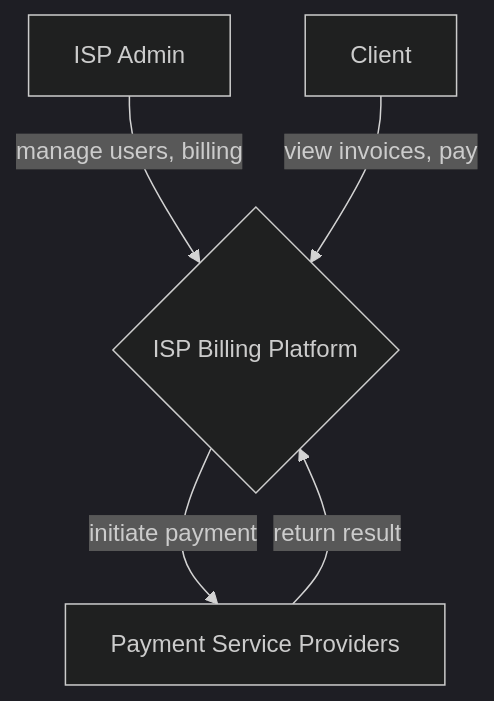
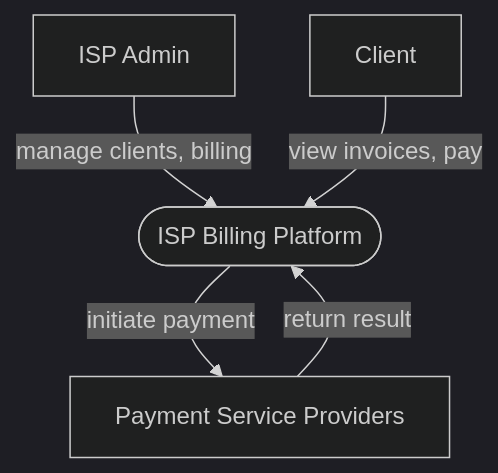
One commit to m000gg/unit-billing changed the diagram in docs/architecture/system-context.md. Above: the diagram before and after it, drawn with Mermaid (dark theme). The commit also changed other lines of this file and 2 other files, not shown here.

````diff
--- a/docs/architecture/system-context.md
+++ b/docs/architecture/system-context.md
@@ -70,7 +70,7 @@
 ```mermaid
 flowchart TD  
-    A[ISP Admin] -->|manage users, billing| B{ISP Billing Platform}
-    C[Client] -->|view invoices, pay| B{ISP Billing Platform}
-    B{ISP Billing Platform} -->|initiate payment| D[Payment Service Providers]
-    D[Payment Service Providers] -->|return result| B{ISP Billing Platform}
+    A[ISP Admin] -->|manage clients, billing| B([ISP Billing Platform])
+    C[Client] -->|view invoices, pay| B([ISP Billing Platform])
+    B([ISP Billing Platform]) -->|initiate payment| D[Payment Service Providers]
+    D[Payment Service Providers] -->|return result| B([ISP Billing Platform])
 ```
````
